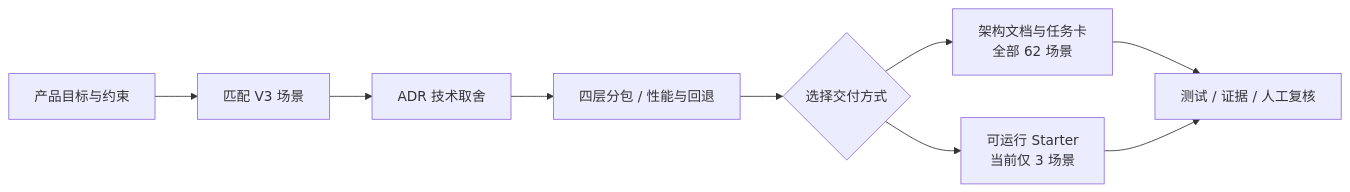
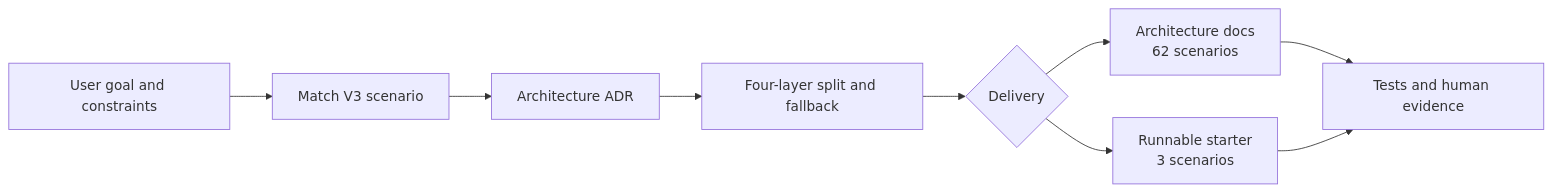
One commit to kunlong-luo/archvela changed the diagram in README.md. Above: the diagram before and after it, drawn with Mermaid. The commit also changed other lines of this file, not shown here.

````diff
--- a/README.md
+++ b/README.md
@@ -29,11 +28,11 @@
 ```mermaid
 flowchart LR
-    A["产品目标与约束"] --> B["匹配 V3 场景"]
-    B --> C["ADR 技术取舍"]
-    C --> D["四层分包 / 性能与回退"]
-    D --> E{"选择交付方式"}
-    E --> F["架构文档与任务卡\n全部 62 场景"]
-    E --> G["可运行 Starter\n当前仅 3 场景"]
-    F --> H["测试 / 证据 / 人工复核"]
+    A["User goal and constraints"] --> B["Match V3 scenario"]
+    B --> C["Architecture ADR"]
+    C --> D["Four-layer split and fallback"]
+    D --> E{"Delivery"}
+    E --> F["Architecture docs\n62 scenarios"]
+    E --> G["Runnable starter\n3 scenarios"]
+    F --> H["Tests and human evidence"]
     G --> H
 ```
````
